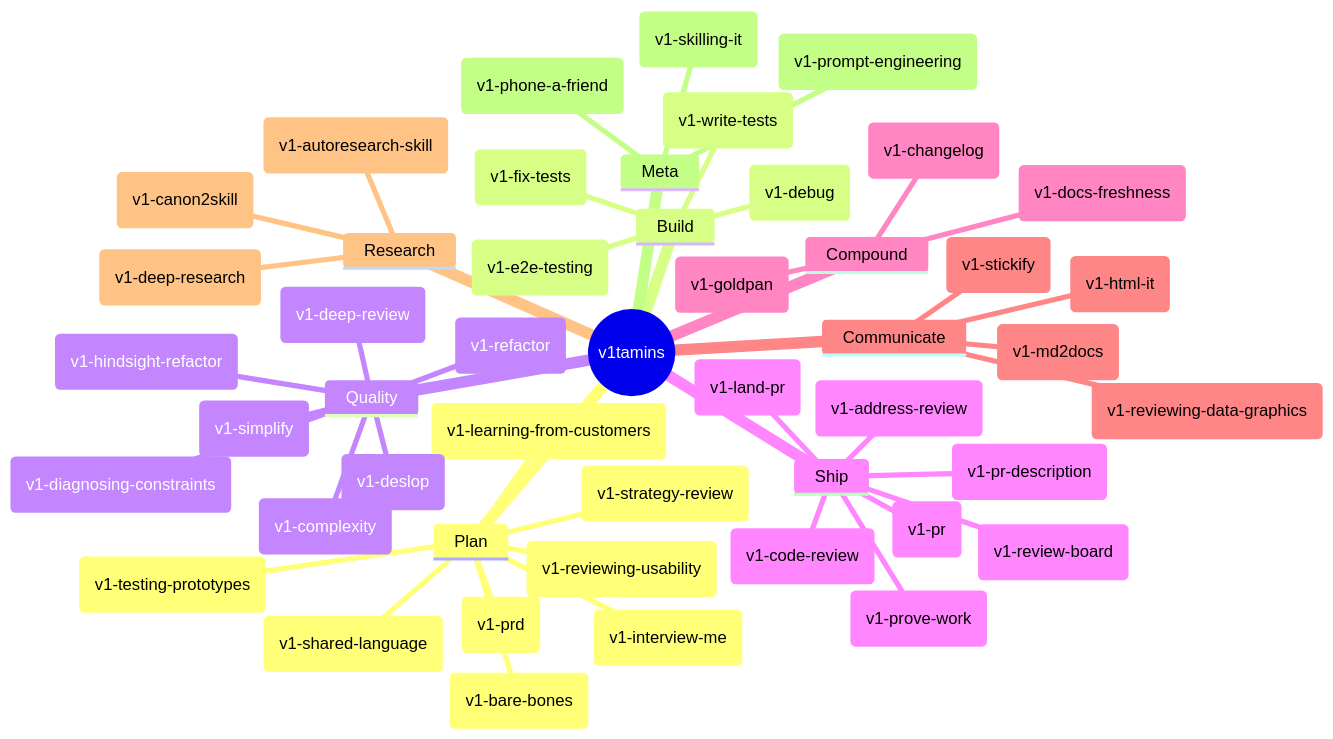
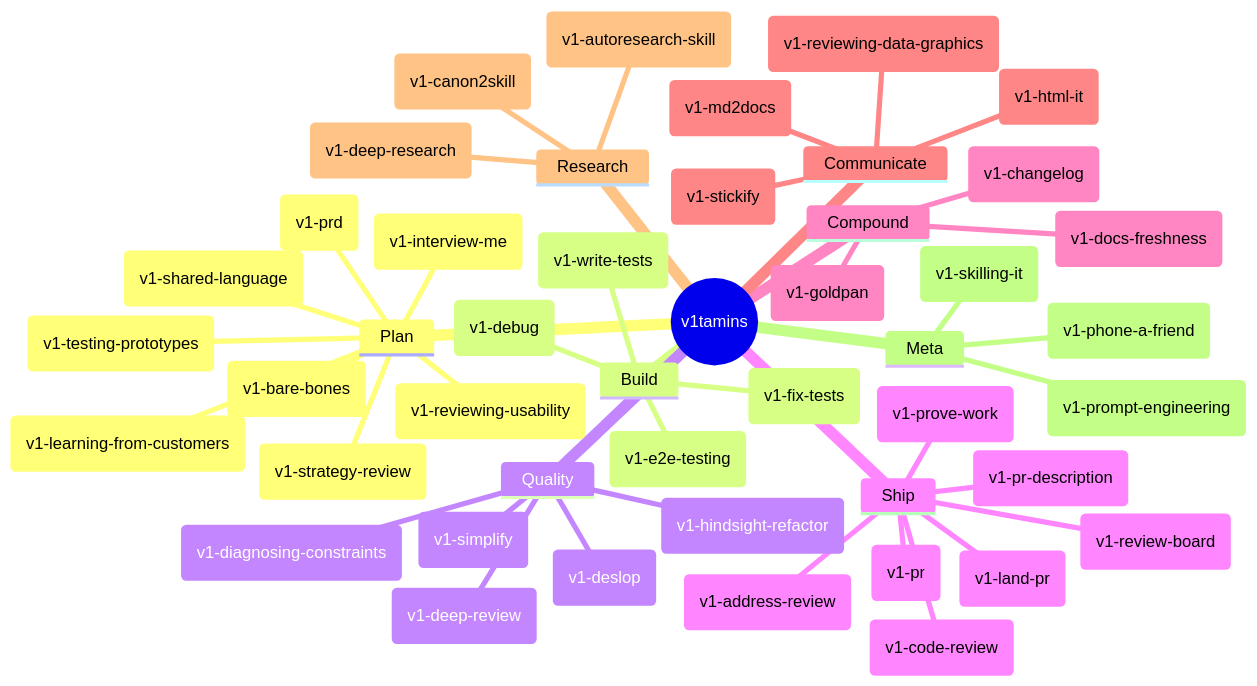
Before and after one commit to v1-io/v1tamins: the first of 6 diagrams in README.md, drawn with Mermaid. The commit also changed other lines of this file and 10 other files, not shown here.

````diff
--- a/README.md
+++ b/README.md
@@ -114,51 +114,49 @@
 ```mermaid
 mindmap
   root((v1tamins))
     Plan
       ("v1-interview-me")
       ("v1-strategy-review")
       ("v1-bare-bones")
       ("v1-shared-language")
       ("v1-prd")
       ("v1-learning-from-customers")
       ("v1-testing-prototypes")
       ("v1-reviewing-usability")
     Build
       ("v1-debug")
       ("v1-fix-tests")
       ("v1-write-tests")
       ("v1-e2e-testing")
     Quality
       ("v1-simplify")
       ("v1-deslop")
-      ("v1-refactor")
-      ("v1-complexity")
       ("v1-hindsight-refactor")
       ("v1-deep-review")
       ("v1-diagnosing-constraints")
     Ship
       ("v1-pr")
       ("v1-pr-description")
       ("v1-land-pr")
       ("v1-code-review")
       ("v1-address-review")
       ("v1-review-board")
       ("v1-prove-work")
     Compound
       ("v1-goldpan")
       ("v1-docs-freshness")
       ("v1-changelog")
     Communicate
       ("v1-stickify")
       ("v1-md2docs")
       ("v1-html-it")
       ("v1-reviewing-data-graphics")
     Research
       ("v1-deep-research")
       ("v1-autoresearch-skill")
       ("v1-canon2skill")
     Meta
       ("v1-phone-a-friend")
       ("v1-skilling-it")
       ("v1-prompt-engineering")
 ```
````
